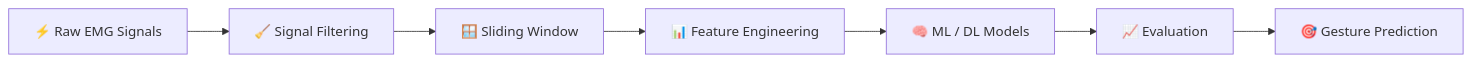
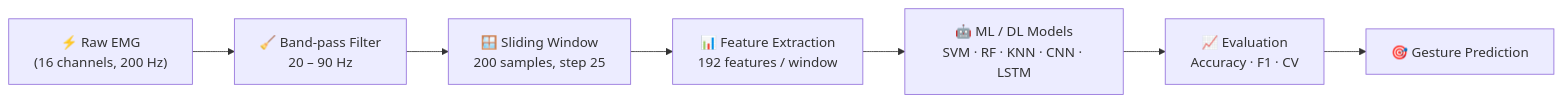
Before and after one commit to vikasshakalya/emg-classification: the diagram in README.md, drawn with Mermaid. The commit also changed other lines of this file, not shown here.

````diff
--- a/README.md
+++ b/README.md
@@ -29,9 +50,9 @@
 ```mermaid
 flowchart LR
-A[⚡ Raw EMG Signals] --> B[🧹 Signal Filtering]
-B --> C[🪟 Sliding Window]
-C --> D[📊 Feature Engineering]
-D --> E[🧠 ML / DL Models]
-E --> F[📈 Evaluation]
-F --> G[🎯 Gesture Prediction]
+    A["⚡ Raw EMG\n(16 channels, 200 Hz)"] --> B["🧹 Band-pass Filter\n20 – 90 Hz"]
+    B --> C["🪟 Sliding Window\n200 samples, step 25"]
+    C --> D["📊 Feature Extraction\n192 features / window"]
+    D --> E["🤖 ML / DL Models\nSVM · RF · KNN · CNN · LSTM"]
+    E --> F["📈 Evaluation\nAccuracy · F1 · CV"]
+    F --> G["🎯 Gesture Prediction"]
 ```
````
